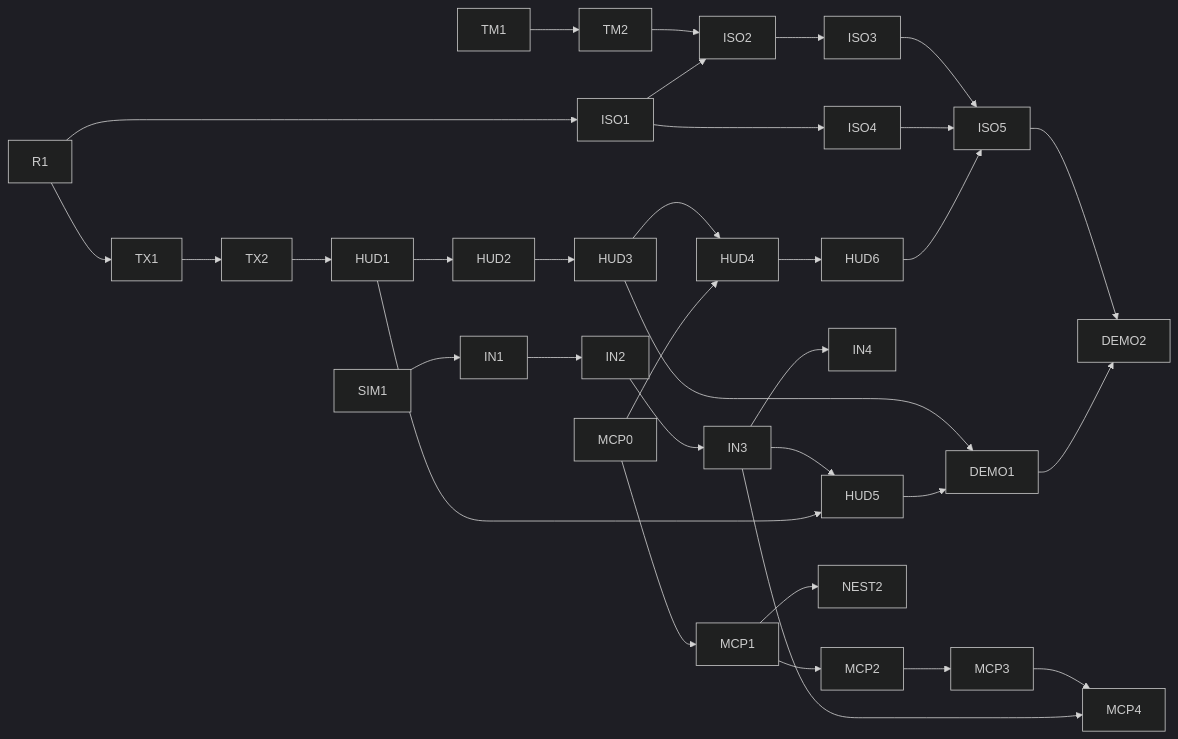
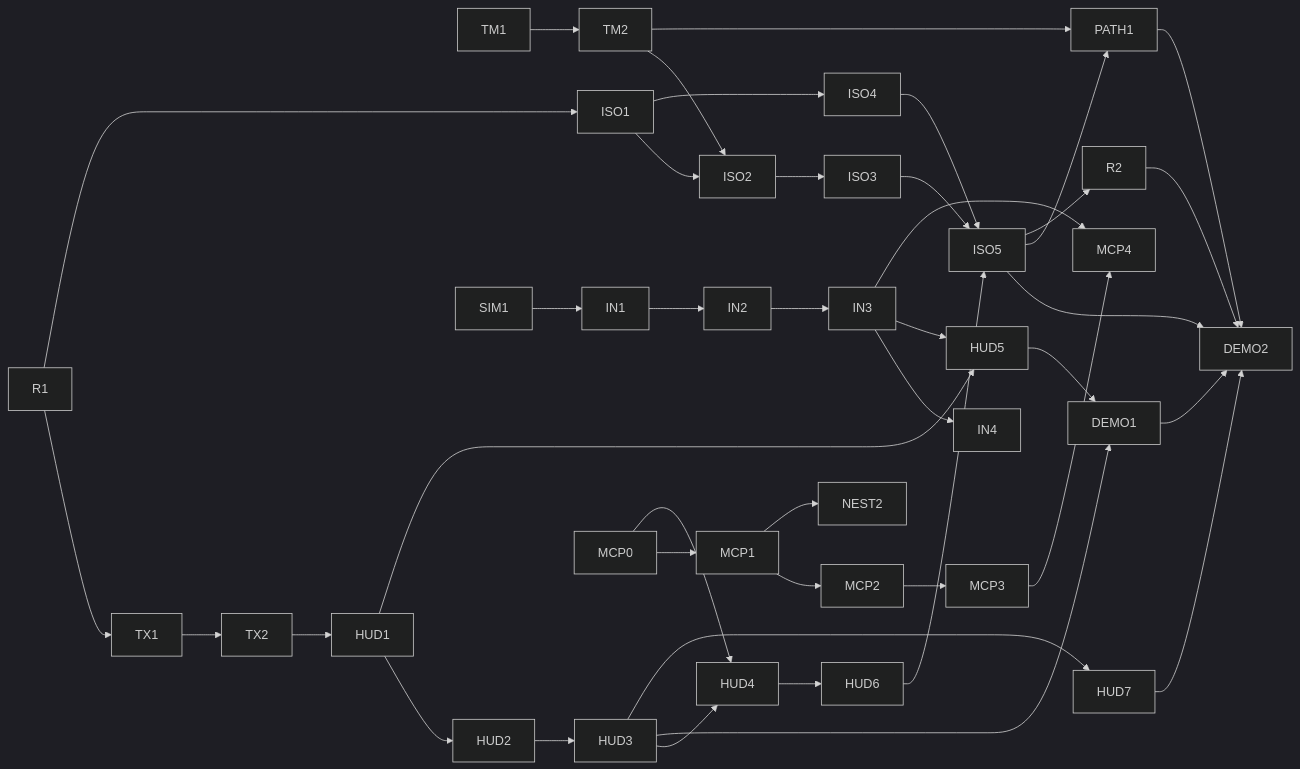
The diagram in doc/pages/design/isometric-worlds.md (Silmaen/Owl), drawn with Mermaid (dark theme) before and after one commit. The commit also changed other lines of this file and 22 other files, not shown here.

Commit message:
Replan the roadmap (#276)

````diff
--- a/doc/pages/design/isometric-worlds.md
+++ b/doc/pages/design/isometric-worlds.md
@@ -199,21 +215,25 @@
 ```mermaid
 flowchart LR
     R1 --> TX1 --> TX2 --> HUD1
     R1 --> ISO1
     TM1 --> TM2 --> ISO2
     ISO1 --> ISO2 --> ISO3 --> ISO5
     ISO1 --> ISO4 --> ISO5
     HUD1 --> HUD2 --> HUD3 --> HUD4 --> HUD6
     SIM1 --> IN1 --> IN2 --> IN3 --> IN4
     IN3 --> HUD5
     HUD1 --> HUD5
     MCP0 --> MCP1 --> MCP2 --> MCP3 --> MCP4
     MCP0 --> HUD4
     MCP1 --> NEST2
     IN3 --> MCP4
     HUD6 --> ISO5
     HUD3 --> DEMO1
     HUD5 --> DEMO1
     ISO5 --> DEMO2
     DEMO1 --> DEMO2
+    TM2 --> PATH1
+    ISO5 --> PATH1 --> DEMO2
+    ISO5 --> R2 --> DEMO2
+    HUD3 --> HUD7 --> DEMO2
 ```
````
